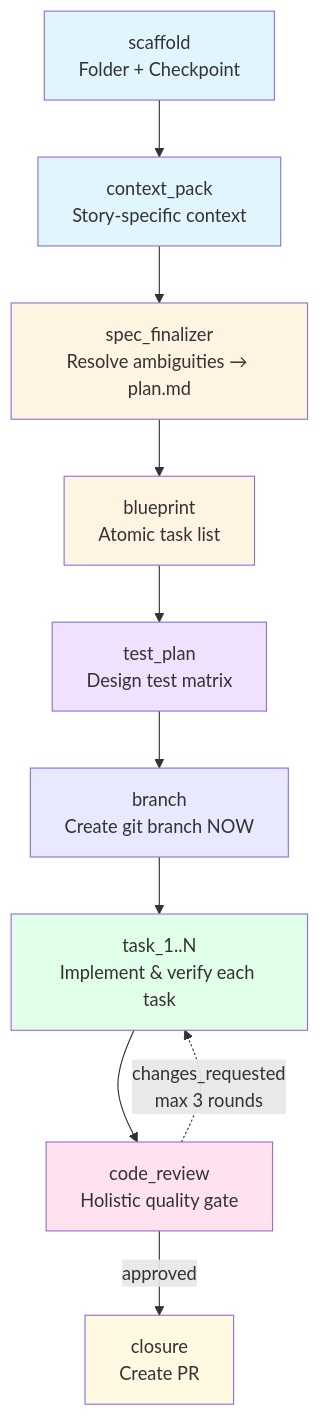
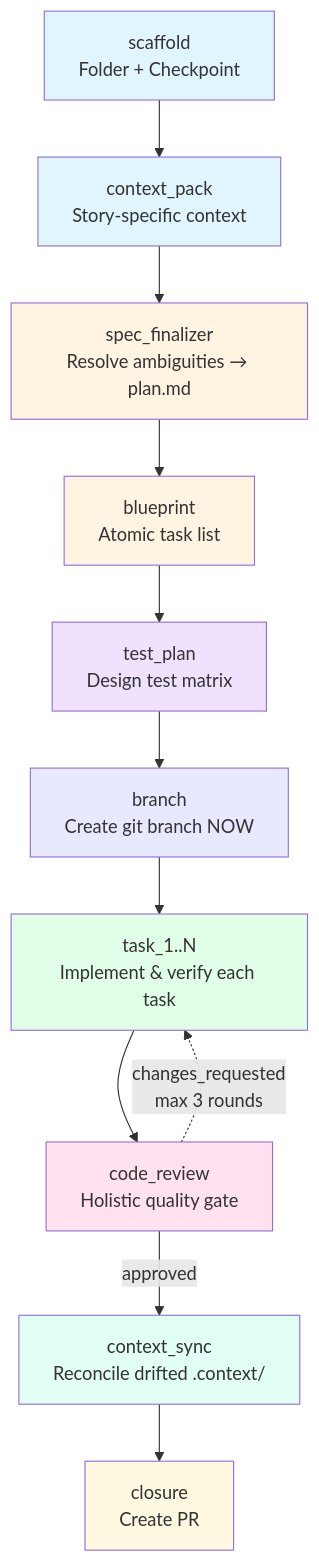
The diagram in plugins/arcus/skills/arcus-guide/assets/pipeline-explained.md (piyushbhargava1412/arcus-plugin), drawn with Mermaid before and after one commit. The commit also changed other lines of this file and 15 other files, not shown here.

Commit message:
feat(ARC-0003): Task 9: sync docs and context fan-out for context_sync stage

````diff
--- a/plugins/arcus/skills/arcus-guide/assets/pipeline-explained.md
+++ b/plugins/arcus/skills/arcus-guide/assets/pipeline-explained.md
@@ -16,22 +16,24 @@
 ```mermaid
 graph TD
     Scaffold[scaffold<br/>Folder + Checkpoint] --> ContextPack[context_pack<br/>Story-specific context]
     ContextPack --> SpecFinalizer[spec_finalizer<br/>Resolve ambiguities → plan.md]
     SpecFinalizer --> Blueprint[blueprint<br/>Atomic task list]
     Blueprint --> TestPlan[test_plan<br/>Design test matrix]
     TestPlan --> Branch[branch<br/>Create git branch NOW]
     Branch --> Tasks[task_1..N<br/>Implement & verify each task]
     Tasks --> CodeReview[code_review<br/>Holistic quality gate]
-    CodeReview -->|approved| Closure[closure<br/>Create PR]
+    CodeReview -->|approved| ContextSync[context_sync<br/>Reconcile drifted .context/]
+    ContextSync --> Closure[closure<br/>Create PR]
     CodeReview -.->|changes_requested<br/>max 3 rounds| Tasks
 
     style Scaffold fill:#e1f5ff
     style ContextPack fill:#e1f5ff
     style SpecFinalizer fill:#fff4e1
     style Blueprint fill:#fff4e1
     style TestPlan fill:#f0e1ff
     style Branch fill:#e8e8ff
     style Tasks fill:#e1ffe8
     style CodeReview fill:#ffe1f0
+    style ContextSync fill:#e1fff4
     style Closure fill:#fff9e1
 ```
````
